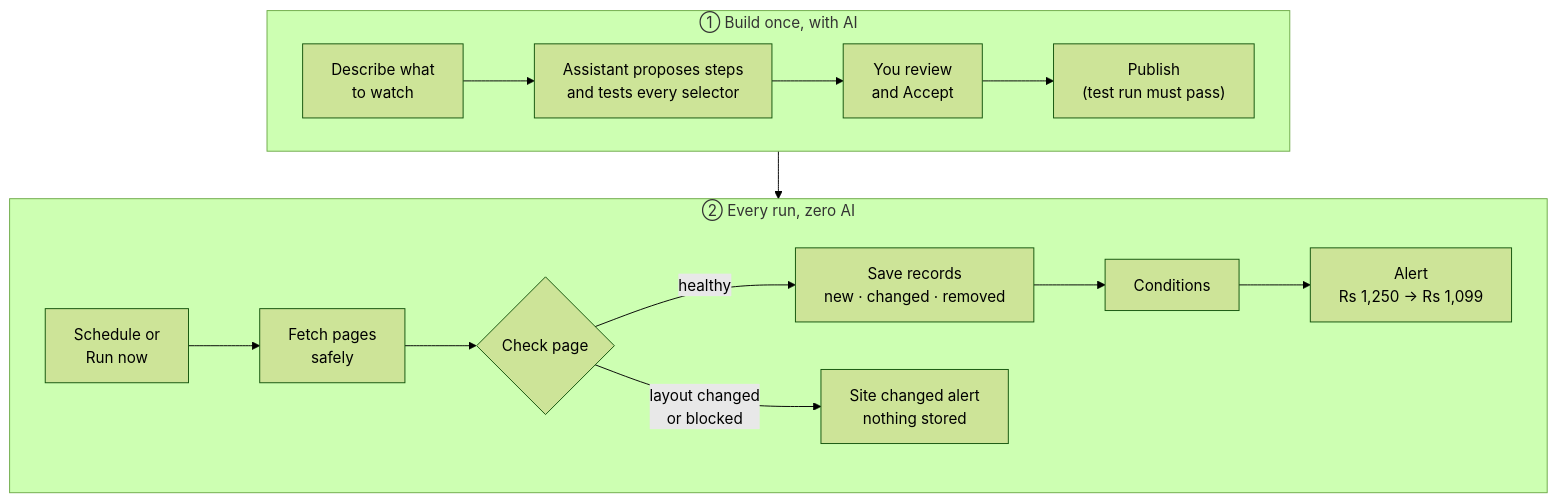
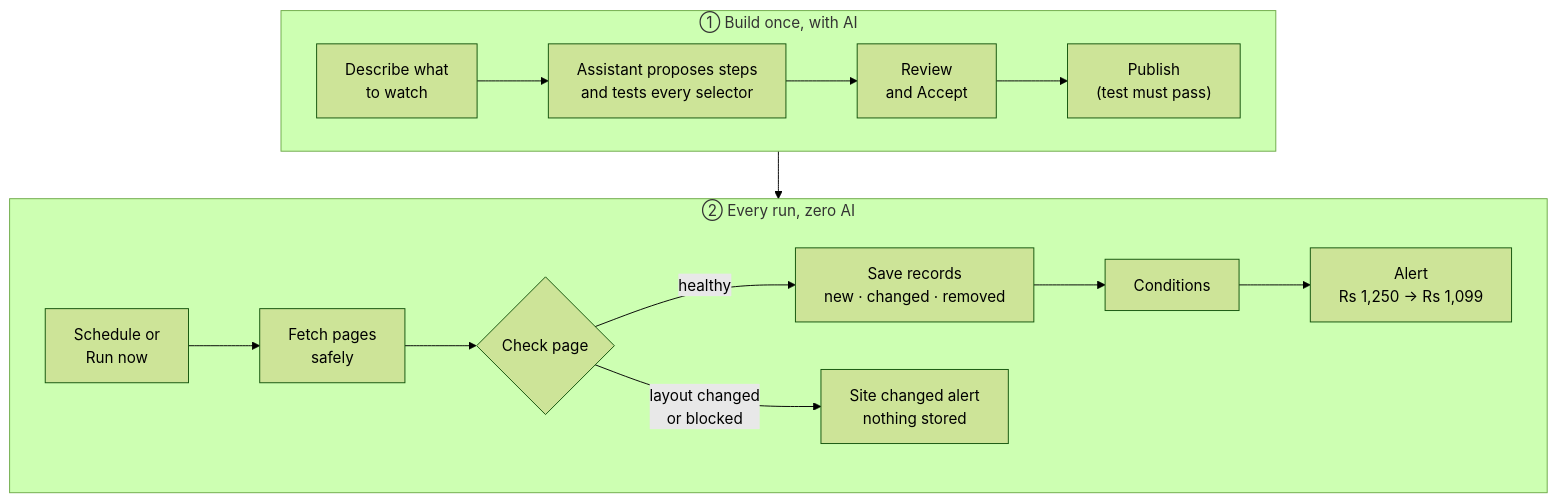
One commit to UzairSabirKhan/se-max-template changed the diagram in README.md. Above: the diagram before and after it, drawn with Mermaid (forest theme). The commit also changed other lines of this file, not shown here.

````diff
--- a/README.md
+++ b/README.md
@@ -38,14 +61,14 @@
 ```mermaid
 flowchart TB
     subgraph BUILD["① Build once, with AI"]
         direction LR
-        A["Describe what<br/>to watch"] --> B["Assistant proposes steps<br/>and tests every selector"] --> C["You review<br/>and Accept"] --> D["Publish<br/>(test run must pass)"]
+        A["Describe what<br/>to watch"] --> B["Assistant proposes steps<br/>and tests every selector"] --> C["Review<br/>and Accept"] --> D["Publish<br/>(test must pass)"]
     end
     subgraph RUN["② Every run, zero AI"]
         direction LR
         E["Schedule or<br/>Run now"] --> F["Fetch pages<br/>safely"] --> G{"Check page"}
         G -->|healthy| H["Save records<br/>new · changed · removed"] --> I["Conditions"] --> J["Alert<br/>Rs 1,250 → Rs 1,099"]
         G -->|layout changed<br/>or blocked| K["Site changed alert<br/>nothing stored"]
     end
     BUILD --> RUN
 ```
````
